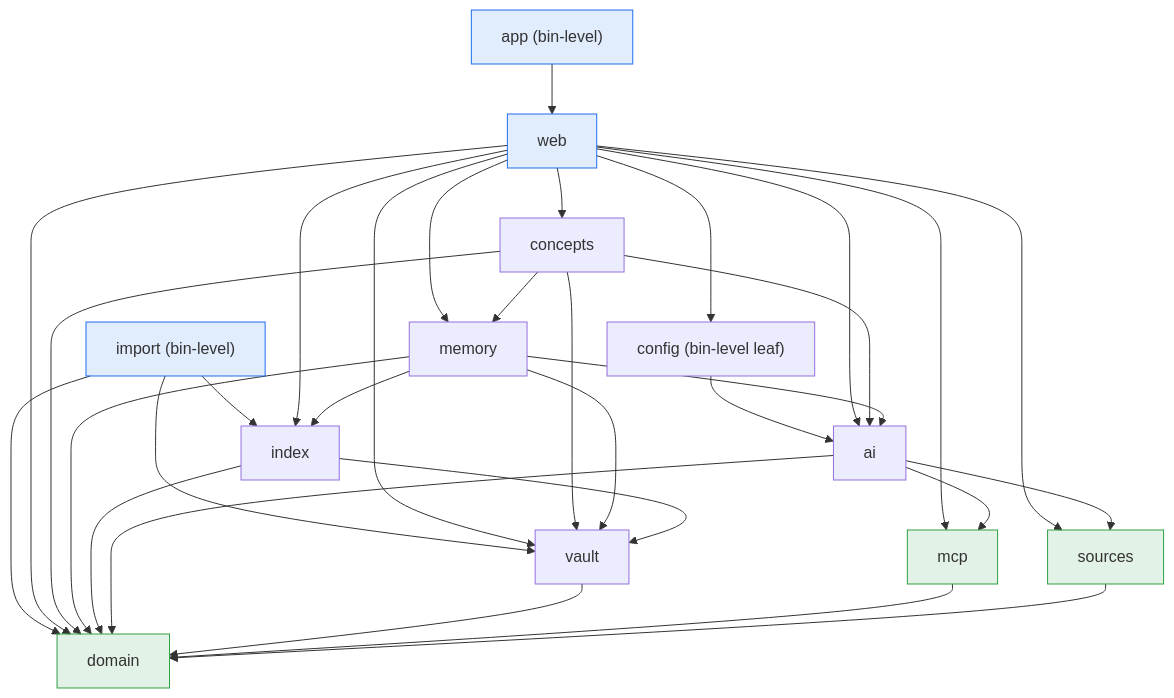
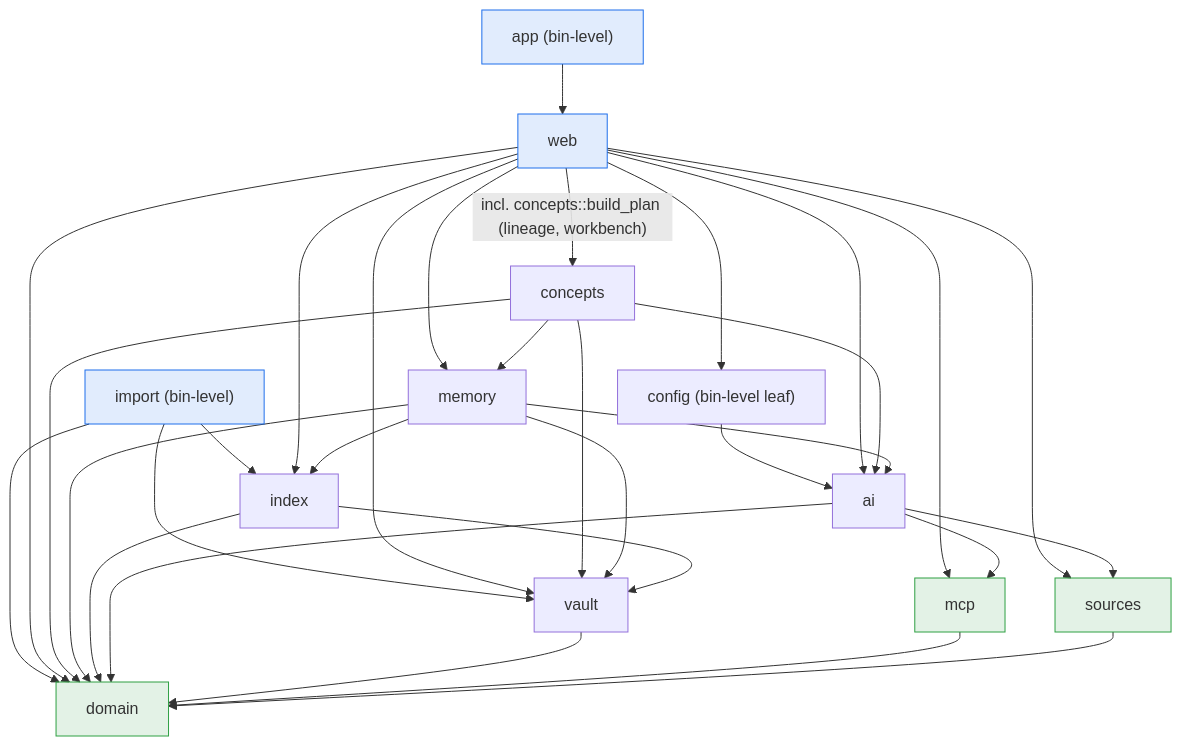
Before and after one commit to jasdian/idea-vault: the second of 2 diagrams in docs/02-module-reference.md, drawn with Mermaid. The commit also changed other lines of this file and 16 other files, not shown here.

Commit message:
docs(plan-workbench): ADR-0032/0033, D33/D34, R46-R48, MCP replay and plan tools

````diff
--- a/docs/02-module-reference.md
+++ b/docs/02-module-reference.md
@@ -112,59 +119,59 @@
 ```mermaid
 flowchart TD
     web["web"]
     concepts["concepts"]
     memory["memory"]
     index["index"]
     ai["ai"]
     vault["vault"]
     domain["domain"]
     mcp["mcp"]
     sources["sources"]
     config["config (bin-level leaf)"]
     app["app (bin-level)"]
     import["import (bin-level)"]
 
     app --> web
     import --> index
     import --> vault
     import --> domain
     web --> config
     config --> ai
-    web --> concepts
+    web -->|"incl. concepts::build_plan (lineage, workbench)"| concepts
     web --> memory
     web --> index
     web --> ai
     web --> vault
     web --> domain
     web --> mcp
     web --> sources
 
     concepts --> ai
     concepts --> vault
     concepts --> domain
     concepts --> memory
 
     memory --> ai
     memory --> vault
     memory --> index
     memory --> domain
 
     index --> vault
     index --> domain
 
     ai --> domain
     ai --> mcp
     ai --> sources
     vault --> domain
     mcp --> domain
     sources --> domain
 
     classDef top fill:#1f6feb22,stroke:#1f6feb;
     classDef base fill:#2ea04322,stroke:#2ea043;
     class web top;
     class app top;
     class import top;
     class domain base;
     class mcp base;
     class sources base;
 ```
````
